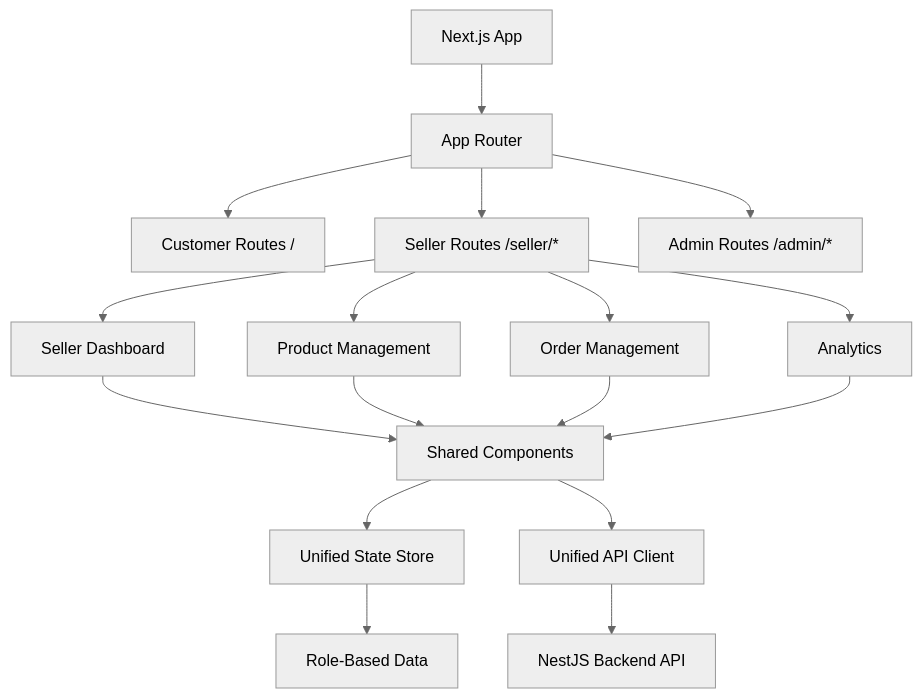
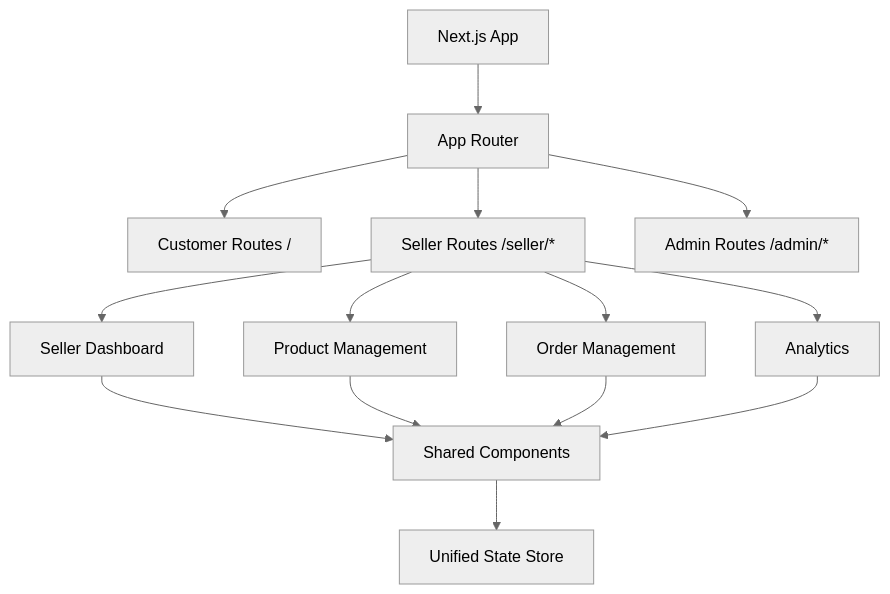
The third of 3 diagrams in .kiro/specs/seller-frontend-interface/design.md (Choeng-Rayu/LoukDo), drawn with Mermaid (neutral theme) before and after one commit. The commit also changed other lines of this file and 1 other file, not shown here.

````diff
--- a/.kiro/specs/seller-frontend-interface/design.md
+++ b/.kiro/specs/seller-frontend-interface/design.md
@@ -83,23 +83,19 @@
 ```mermaid
 graph TD
     A[Next.js App] --> B[App Router]
     B --> C[Customer Routes /]
     B --> D[Seller Routes /seller/*]
     B --> E[Admin Routes /admin/*]
     
     D --> F[Seller Dashboard]
     D --> G[Product Management]
     D --> H[Order Management]
     D --> I[Analytics]
     
     F --> J[Shared Components]
     G --> J
     H --> J
     I --> J
     
     J --> K[Unified State Store]
-    J --> L[Unified API Client]
-    
-    L --> M[NestJS Backend API]
-    K --> N[Role-Based Data]
 ```
````
